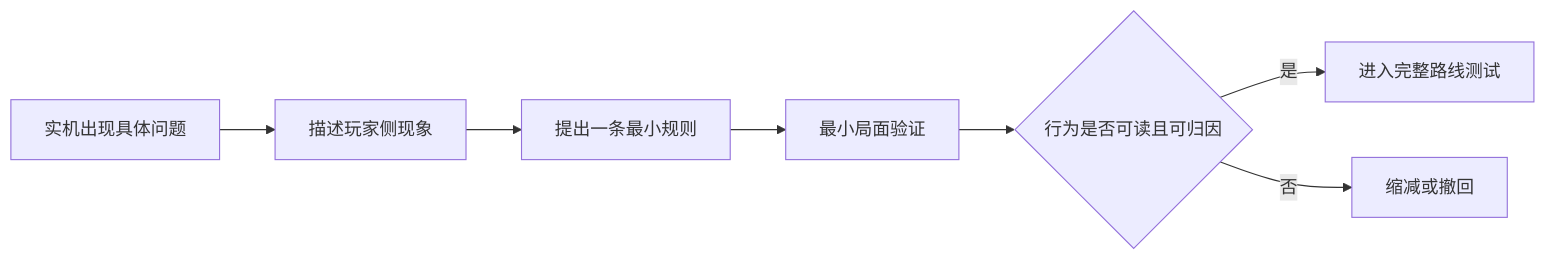
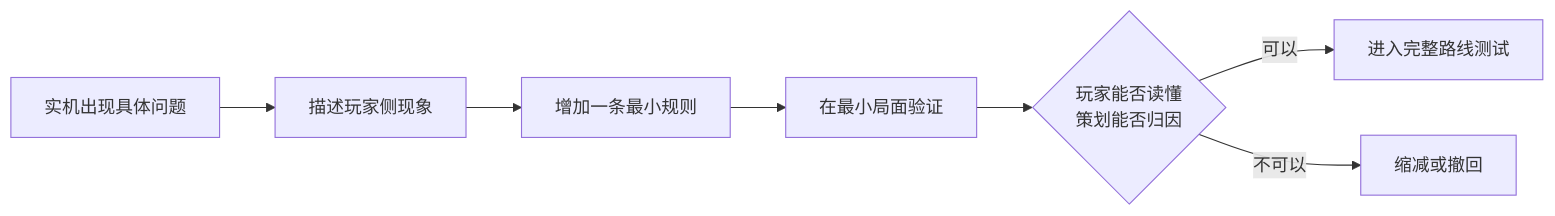
Before and after one commit to zrt13355123189-sudo/game-design-portfolio: the diagram in projects/terrain/04_设计迭代案例.md, drawn with Mermaid. The commit also changed other lines of this file and 6 other files, not shown here.

````diff
--- a/projects/terrain/04_设计迭代案例.md
+++ b/projects/terrain/04_设计迭代案例.md
@@ -44,9 +54,9 @@
 ```mermaid
 flowchart LR
     A[实机出现具体问题] --> B[描述玩家侧现象]
-    B --> C[提出一条最小规则]
-    C --> D[最小局面验证]
-    D --> E{行为是否可读且可归因}
-    E -- 是 --> F[进入完整路线测试]
-    E -- 否 --> G[缩减或撤回]
+    B --> C[增加一条最小规则]
+    C --> D[在最小局面验证]
+    D --> E{玩家能否读懂<br/>策划能否归因}
+    E -- 可以 --> F[进入完整路线测试]
+    E -- 不可以 --> G[缩减或撤回]
 ```
````
